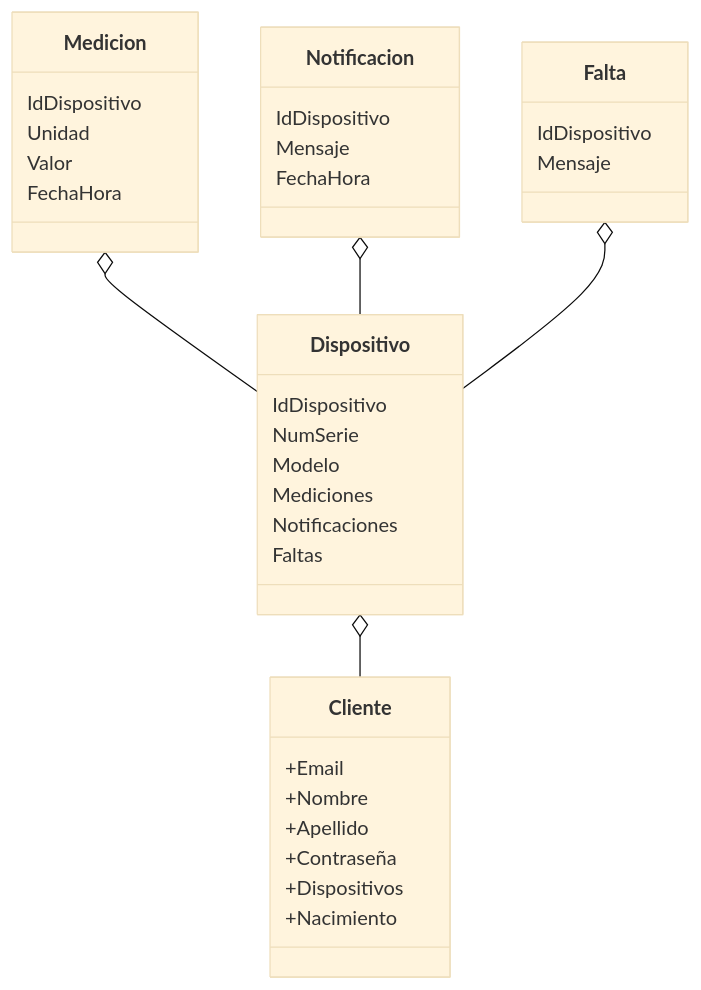
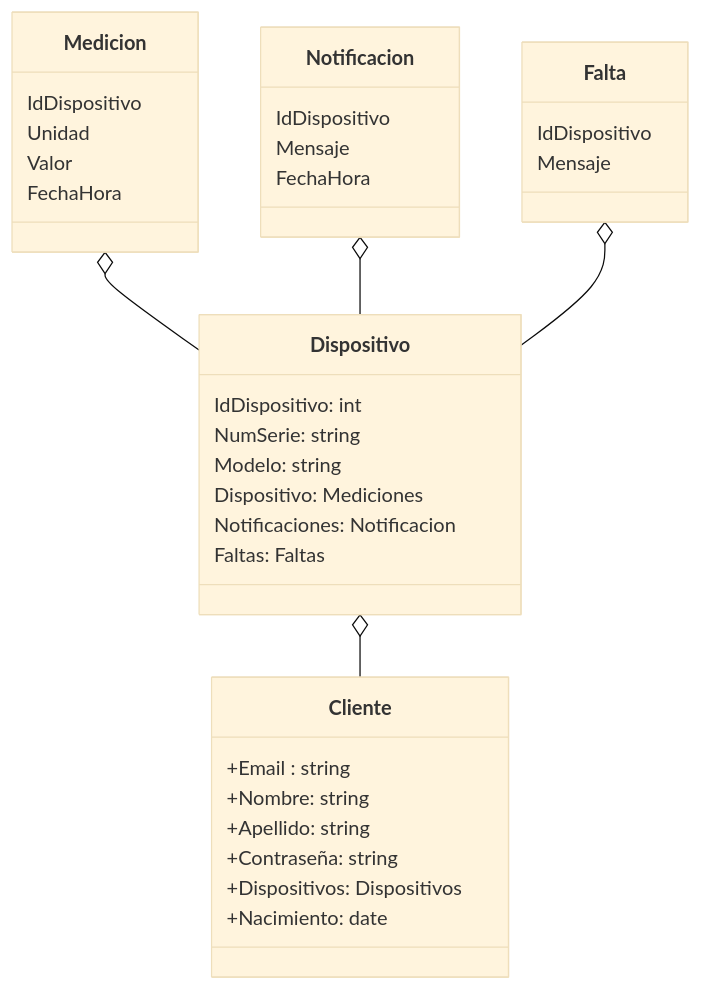
Before and after one commit to josesinio/REI: the diagram in docs/Diagrama.mmd, drawn with Mermaid (base theme).

Commit message:
diagrama

```diff
--- a/docs/Diagrama.mmd
+++ b/docs/Diagrama.mmd
@@ -1,36 +1,40 @@
 classDiagram
     Dispositivo o-- Cliente 
     Medicion o-- Dispositivo
     Notificacion o-- Dispositivo
     Falta o-- Dispositivo
 
-    class Cliente 
-    Cliente: +Email
-    Cliente: +Nombre
-    Cliente: +Apellido
-    Cliente: +Contraseña
-    Cliente: +Dispositivos
-    Cliente: +Nacimiento
+    class Cliente {
+    +Email : string
+    +Nombre: string
+    +Apellido: string
+    +Contraseña: string
+    +Dispositivos: Dispositivos 
+    +Nacimiento: date
+    }
+    
 
-    class Dispositivo
-    Dispositivo: IdDispositivo 
-    Dispositivo: NumSerie
-    Dispositivo: Modelo
+    class Dispositivo{
+    IdDispositivo: int   
+    NumSerie: string
+    Modelo: string
     Dispositivo: Mediciones
-    Dispositivo: Notificaciones
-    Dispositivo: Faltas
+    Notificaciones: Notificacion
+    Faltas: Faltas
+    }
+    
 
     class Falta
     Falta: IdDispositivo
     Falta: Mensaje
 
     class Medicion 
     Medicion: IdDispositivo
     Medicion: Unidad
     Medicion: Valor
     Medicion: FechaHora
 
     class Notificacion
     Notificacion: IdDispositivo
     Notificacion: Mensaje
     Notificacion: FechaHora
```
